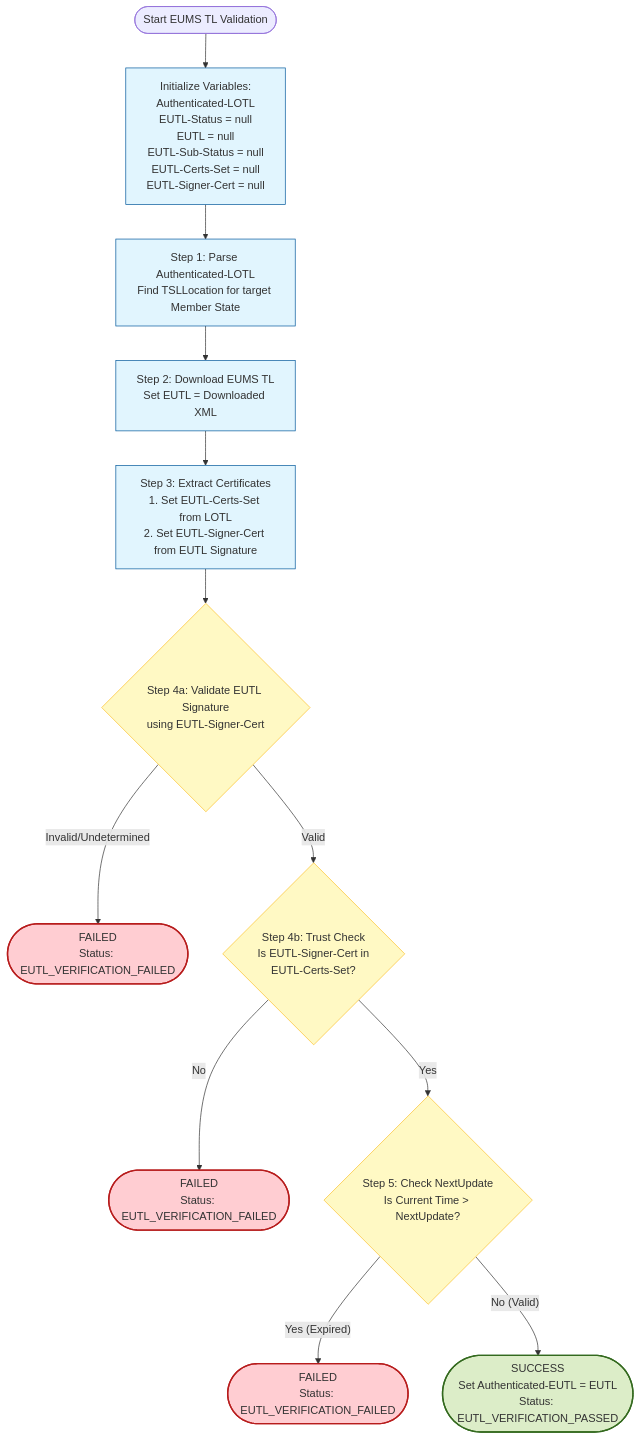
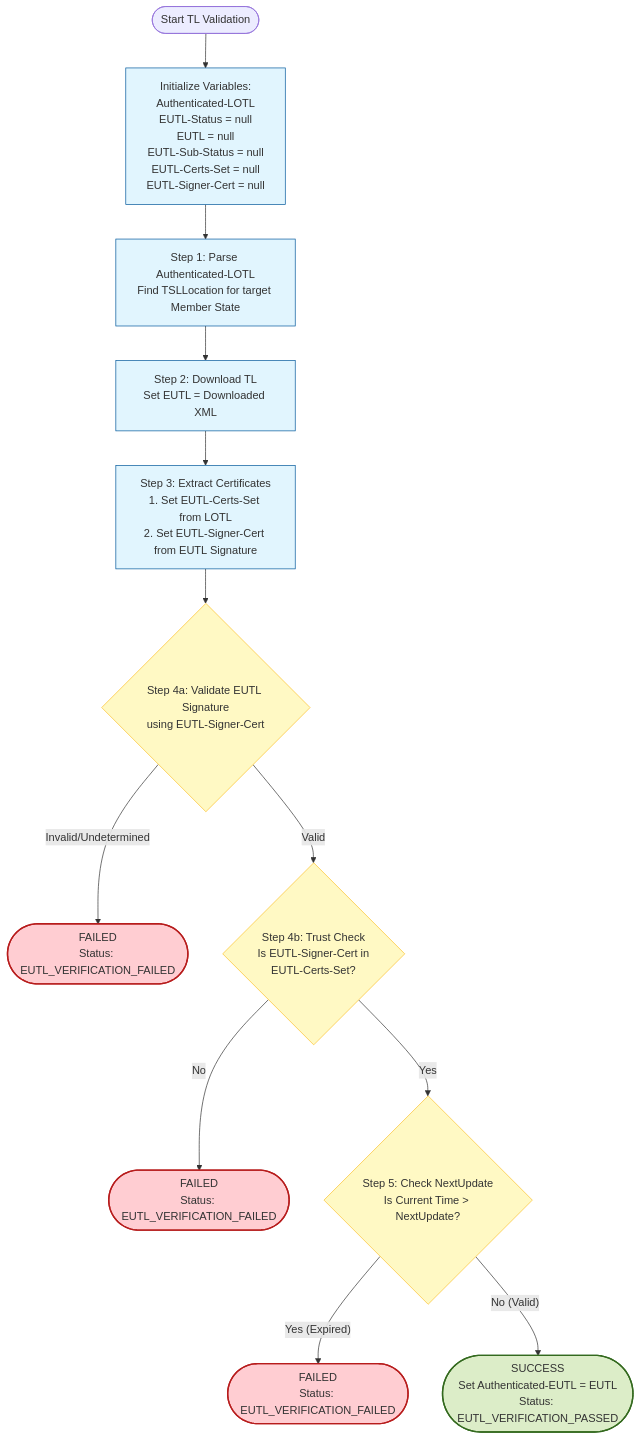
Before and after one commit to APTITUDE-Consortium/wp2-trust-specifications: the fourth of 4 diagrams in docs/topics/trust-anchor-validation.md, drawn with Mermaid. The commit also changed other lines of this file and 7 other files, not shown here.

````diff
--- a/docs/topics/trust-anchor-validation.md
+++ b/docs/topics/trust-anchor-validation.md
@@ -302,43 +302,43 @@
 ```mermaid
 graph TD
-    Start([Start EUMS TL Validation]) --> Init[Initialize Variables:<br/>Authenticated-LOTL<br/>EUTL-Status = null<br/>EUTL = null<br/>EUTL-Sub-Status = null<br/>EUTL-Certs-Set = null<br/>EUTL-Signer-Cert = null]
+    Start([Start TL Validation]) --> Init[Initialize Variables:<br/>Authenticated-LOTL<br/>EUTL-Status = null<br/>EUTL = null<br/>EUTL-Sub-Status = null<br/>EUTL-Certs-Set = null<br/>EUTL-Signer-Cert = null]
 
     %% Step 1: Parse LOTL for Location
     Init --> Step1[Step 1: Parse Authenticated-LOTL<br/>Find TSLLocation for target Member State]
-    Step1 --> Step2[Step 2: Download EUMS TL<br/>Set EUTL = Downloaded XML]
+    Step1 --> Step2[Step 2: Download TL<br/>Set EUTL = Downloaded XML]
 
     %% Step 3: Parse Certs
     Step2 --> Step3[Step 3: Extract Certificates<br/>1. Set EUTL-Certs-Set from LOTL<br/>2. Set EUTL-Signer-Cert from EUTL Signature]
 
     %% Step 4: Integrity & Authenticity
     Step3 --> Step4_Sig{Step 4a: Validate EUTL Signature<br/>using EUTL-Signer-Cert}
     
     %% 4a Failure
     Step4_Sig -- Invalid/Undetermined --> FailSig([FAILED<br/>Status: EUTL_VERIFICATION_FAILED])
 
     %% 4b Trust Check
     Step4_Sig -- Valid --> Step4_Trust{Step 4b: Trust Check<br/>Is EUTL-Signer-Cert in<br/>EUTL-Certs-Set?}
 
     %% 4b Failure
     Step4_Trust -- No --> FailTrust([FAILED<br/>Status: EUTL_VERIFICATION_FAILED])
 
     %% Step 5: Validity Check
     Step4_Trust -- Yes --> Step5_Time{Step 5: Check NextUpdate<br/>Is Current Time > NextUpdate?}
 
     %% 5 Failure
     Step5_Time -- Yes (Expired) --> FailTime([FAILED<br/>Status: EUTL_VERIFICATION_FAILED])
 
     %% Step 6: Success
     Step5_Time -- No (Valid) --> Success([SUCCESS<br/>Set Authenticated-EUTL = EUTL<br/>Status: EUTL_VERIFICATION_PASSED])
 
     %% Styling
     classDef process fill:#e1f5fe,stroke:#01579b,stroke-width:1px;
     classDef decision fill:#fff9c4,stroke:#fbc02d,stroke-width:1px;
     classDef success fill:#dcedc8,stroke:#33691e,stroke-width:2px;
     classDef fail fill:#ffcdd2,stroke:#b71c1c,stroke-width:2px;
 
     class Init,Step1,Step2,Step3 process;
     class Step4_Sig,Step4_Trust,Step5_Time decision;
     class Success success;
     class FailSig,FailTrust,FailTime fail;
 ```
````
